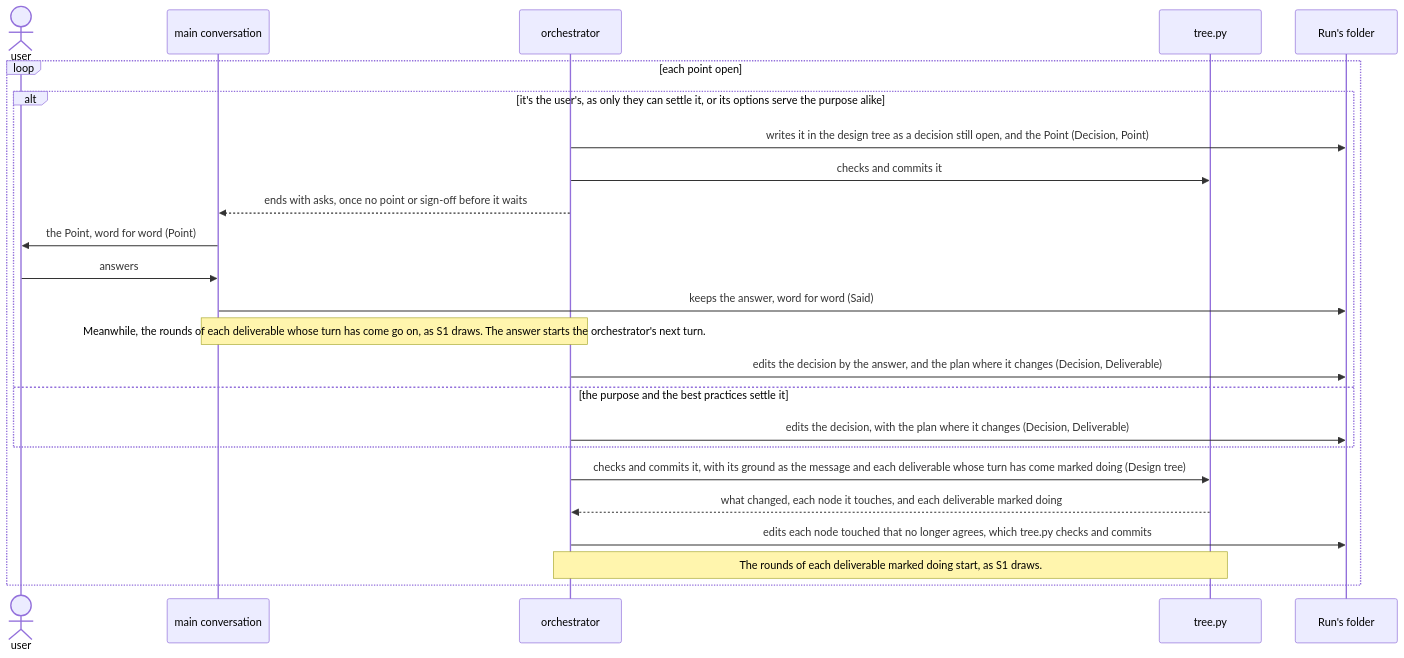
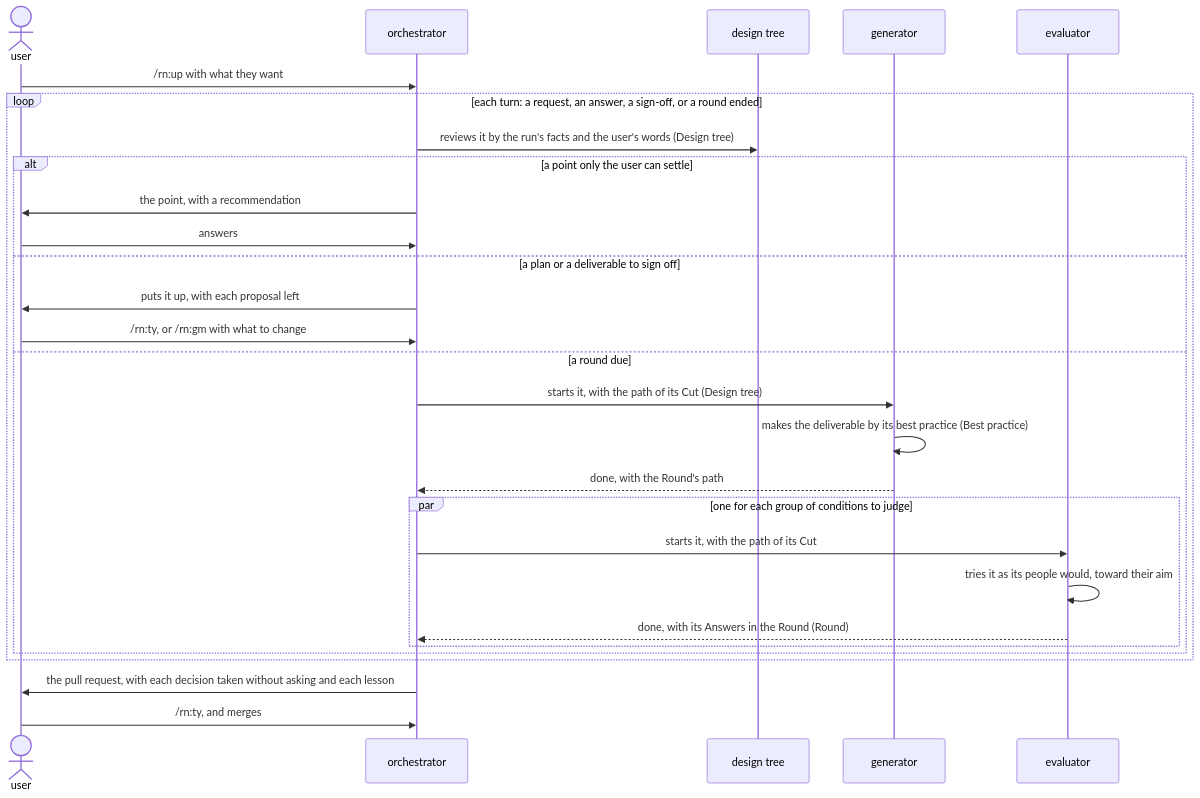
One commit to lovaizu/ccpm changed the diagram in dev/rn/architecture.md. Above: the diagram before and after it, drawn with Mermaid. The commit also changed other lines of this file and 3 other files, not shown here.

````diff
--- a/dev/rn/architecture.md
+++ b/dev/rn/architecture.md
@@ -281,26 +113,30 @@
 ```mermaid
 sequenceDiagram
   actor U as user
-  participant M as main conversation
   participant O as orchestrator
-  participant T as tree.py
-  participant F as Run's folder
-  loop each point open
-    alt it's the user's, as only they can settle it, or its options serve the purpose alike
-      O->>F: writes it in the design tree as a decision still open, and the Point (Decision, Point)
-      O->>T: checks and commits it
-      O-->>M: ends with asks, once no point or sign-off before it waits
-      M->>U: the Point, word for word (Point)
-      U->>M: answers
-      M->>F: keeps the answer, word for word (Said)
-      Note over M,O: Meanwhile, the rounds of each deliverable whose turn has come go on, as S1 draws. The answer starts the orchestrator's next turn.
-      O->>F: edits the decision by the answer, and the plan where it changes (Decision, Deliverable)
-    else the purpose and the best practices settle it
-      O->>F: edits the decision, with the plan where it changes (Decision, Deliverable)
+  participant T as design tree
+  participant G as generator
+  participant E as evaluator
+  U->>O: /rn:up with what they want
+  loop each turn: a request, an answer, a sign-off, or a round ended
+    O->>T: reviews it by the run's facts and the user's words (Design tree)
+    alt a point only the user can settle
+      O->>U: the point, with a recommendation
+      U->>O: answers
+    else a plan or a deliverable to sign off
+      O->>U: puts it up, with each proposal left
+      U->>O: /rn:ty, or /rn:gm with what to change
+    else a round due
+      O->>G: starts it, with the path of its Cut (Design tree)
+      G->>G: makes the deliverable by its best practice (Best practice)
+      G-->>O: done, with the Round's path
+      par one for each group of conditions to judge
+        O->>E: starts it, with the path of its Cut
+        E->>E: tries it as its people would, toward their aim
+        E-->>O: done, with its Answers in the Round (Round)
+      end
     end
-    O->>T: checks and commits it, with its ground as the message and each deliverable whose turn has come marked doing (Design tree)
-    T-->>O: what changed, each node it touches, and each deliverable marked doing
-    O->>F: edits each node touched that no longer agrees, which tree.py checks and commits
-    Note over O,T: The rounds of each deliverable marked doing start, as S1 draws.
   end
+  O->>U: the pull request, with each decision taken without asking and each lesson
+  U->>O: /rn:ty, and merges
 ```
````
